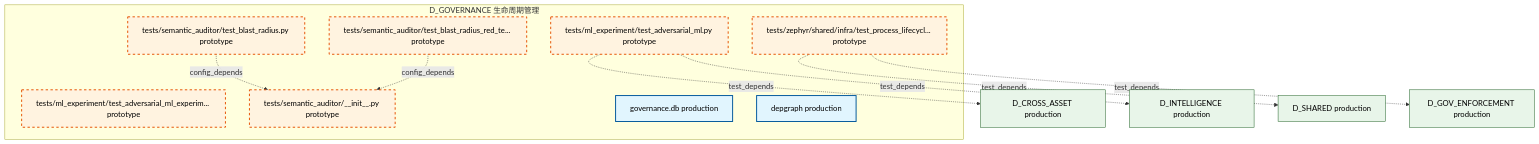
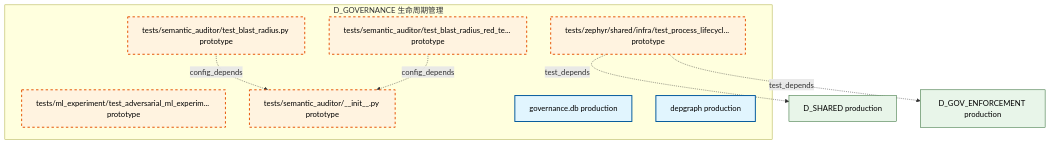
One commit to xuanFelixVan/ZephyrAlpha changed diagram 20 of 20 in docs/02_enterprise_architecture/02_domain_architecture_docs/33_d_governance.md. Above: the diagram before and after it, drawn with Mermaid. The commit also changed other lines of this file and 105 other files, not shown here.

````diff
--- a/docs/02_enterprise_architecture/02_domain_architecture_docs/33_d_governance.md
+++ b/docs/02_enterprise_architecture/02_domain_architecture_docs/33_d_governance.md
@@ -1381,30 +1375,25 @@
 ```mermaid
 graph TD
     subgraph D_GOVERNANCE["D_GOVERNANCE 生命周期管理"]
-        tests_ml_experiment_test_adversarial_ml_py["tests/ml_experiment/test_adversarial_ml.py prototype"]
         tests_ml_experiment_test_adversarial_ml_experiment_py["tests/ml_experiment/test_adversarial_ml_experim... prototype"]
         tests_semantic_auditor_init_py["tests/semantic_auditor/__init__.py prototype"]
         tests_semantic_auditor_test_blast_radius_py["tests/semantic_auditor/test_blast_radius.py prototype"]
         tests_semantic_auditor_test_blast_radius_red_team_py["tests/semantic_auditor/test_blast_radius_red_te... prototype"]
         tests_zephyr_shared_infra_test_process_lifecycle_gateway_py["tests/zephyr/shared/infra/test_process_lifecycl... prototype"]
         infrastructure_registry_yaml_INFRA_DB_001["governance.db production"]
         infrastructure_registry_yaml_INFRA_DB_003["depgraph production"]
     end
     tests_semantic_auditor_test_blast_radius_py -.->|config_depends| tests_semantic_auditor_init_py
     tests_semantic_auditor_test_blast_radius_red_team_py -.->|config_depends| tests_semantic_auditor_init_py
-    D_CROSS_ASSET["D_CROSS_ASSET production"]
-    tests_ml_experiment_test_adversarial_ml_py -.->|test_depends| D_CROSS_ASSET
-    D_INTELLIGENCE["D_INTELLIGENCE production"]
-    tests_ml_experiment_test_adversarial_ml_py -.->|test_depends| D_INTELLIGENCE
     D_SHARED["D_SHARED production"]
     tests_zephyr_shared_infra_test_process_lifecycle_gateway_py -.->|test_depends| D_SHARED
     D_GOV_ENFORCEMENT["D_GOV_ENFORCEMENT production"]
     tests_zephyr_shared_infra_test_process_lifecycle_gateway_py -.->|test_depends| D_GOV_ENFORCEMENT
     classDef production fill:#e1f5fe,stroke:#01579b,stroke-width:2px,color:#000
     classDef design fill:#fff3e0,stroke:#e65100,stroke-width:2px,color:#000,stroke-dasharray: 5 5
     classDef external_prod fill:#e8f5e9,stroke:#1b5e20,stroke-width:1px,color:#000
     classDef external_design fill:#fce4ec,stroke:#880e4f,stroke-width:1px,color:#000,stroke-dasharray: 5 5
     class infrastructure_registry_yaml_INFRA_DB_001,infrastructure_registry_yaml_INFRA_DB_003 production
-    class tests_ml_experiment_test_adversarial_ml_py,tests_ml_experiment_test_adversarial_ml_experiment_py,tests_semantic_auditor_init_py,tests_semantic_auditor_test_blast_radius_py,tests_semantic_auditor_test_blast_radius_red_team_py,tests_zephyr_shared_infra_test_process_lifecycle_gateway_py design
-    class D_CROSS_ASSET,D_INTELLIGENCE,D_SHARED,D_GOV_ENFORCEMENT external_prod
+    class tests_ml_experiment_test_adversarial_ml_experiment_py,tests_semantic_auditor_init_py,tests_semantic_auditor_test_blast_radius_py,tests_semantic_auditor_test_blast_radius_red_team_py,tests_zephyr_shared_infra_test_process_lifecycle_gateway_py design
+    class D_SHARED,D_GOV_ENFORCEMENT external_prod
 ```
````
